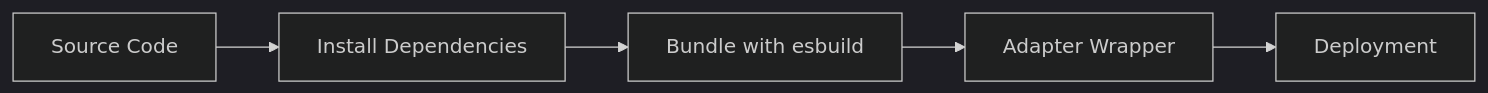
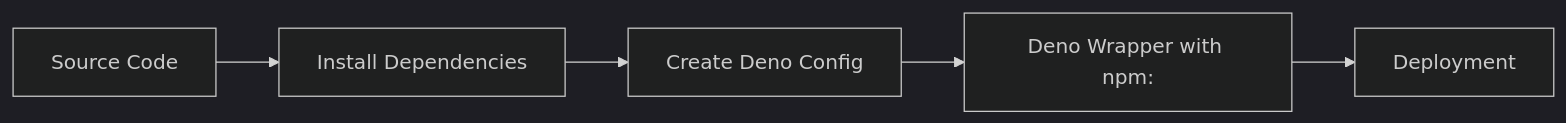
The second of 2 diagrams in docs/system-patterns.md (0x4007/deno-deploy-debugging), drawn with Mermaid (dark theme) before and after one commit. The commit also changed other lines of this file and 4 other files, not shown here.

Commit message:
refactor: simplify Deno plugin deployment by removing esbuild bundling and using npm: specifiers

````diff
--- a/docs/system-patterns.md
+++ b/docs/system-patterns.md
@@ -42,7 +42,7 @@
 ```mermaid
 flowchart LR
     S[Source Code] --> I[Install Dependencies]
-    I --> B[Bundle with esbuild]
-    B --> A[Adapter Wrapper]
-    A --> D[Deployment]
+    I --> C[Create Deno Config]
+    C --> W[Deno Wrapper with npm:]
+    W --> D[Deployment]
 ```
````
